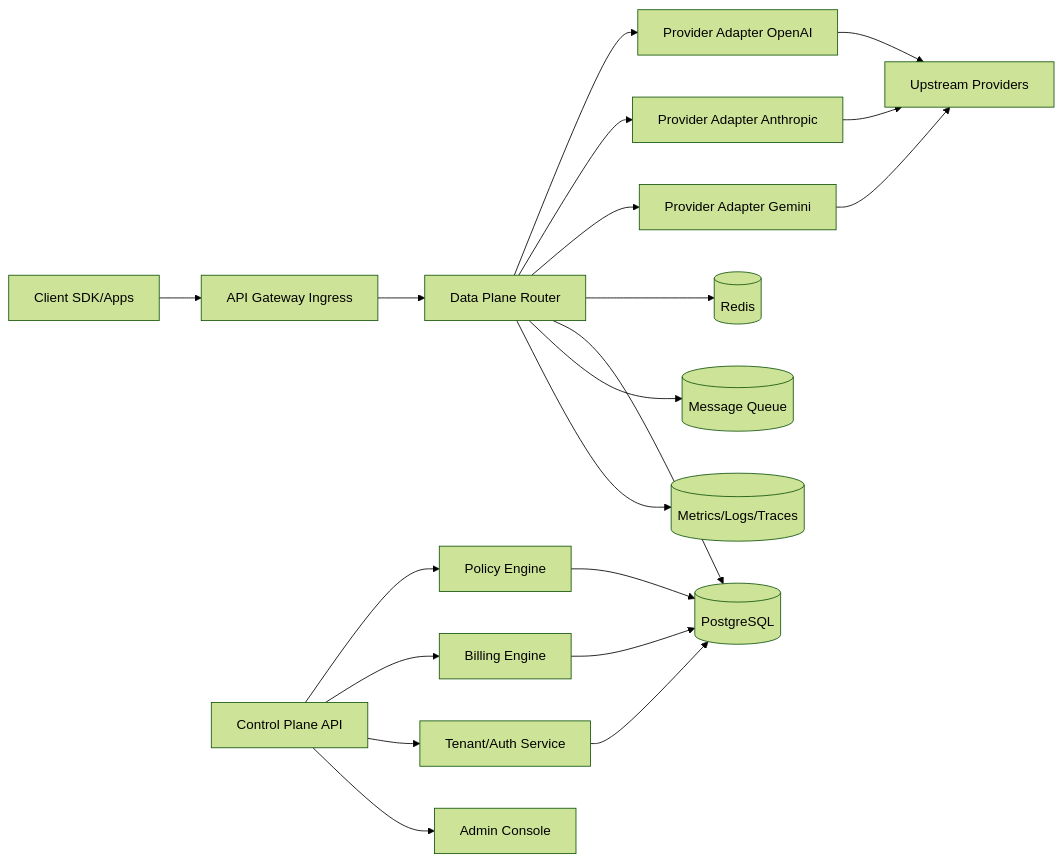
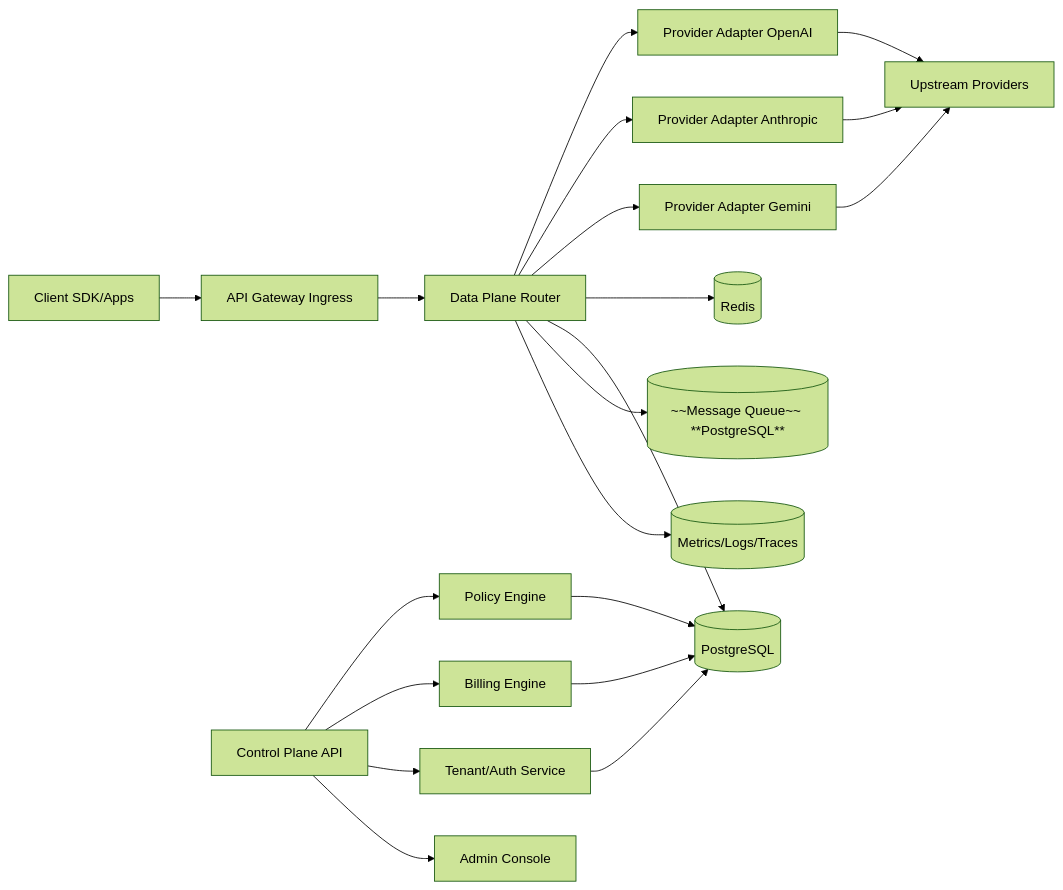
Before and after one commit to phamnazage-jpg/lijiaoqiao: the diagram in docs/llm_gateway_product_technical_blueprint_v1_2026-03-16.md, drawn with Mermaid (forest theme). The commit also changed other lines of this file and 3 other files, not shown here.

````diff
--- a/docs/llm_gateway_product_technical_blueprint_v1_2026-03-16.md
+++ b/docs/llm_gateway_product_technical_blueprint_v1_2026-03-16.md
@@ -53,25 +53,25 @@
 ```mermaid
 flowchart LR
     A[Client SDK/Apps] --> B[API Gateway Ingress]
     B --> C[Data Plane Router]
     C --> D1[Provider Adapter OpenAI]
     C --> D2[Provider Adapter Anthropic]
     C --> D3[Provider Adapter Gemini]
     D1 --> E[Upstream Providers]
     D2 --> E
     D3 --> E
 
     F[Control Plane API] --> G[Policy Engine]
     F --> H[Billing Engine]
     F --> I[Tenant/Auth Service]
     F --> J[Admin Console]
 
     C --> K[(Redis)]
     C --> L[(PostgreSQL)]
-    C --> M[(Message Queue)]
+    C --> M[(~~Message Queue~~ **PostgreSQL**)]
     C --> N[(Metrics/Logs/Traces)]
 
     H --> L
     G --> L
     I --> L
 ```
````
